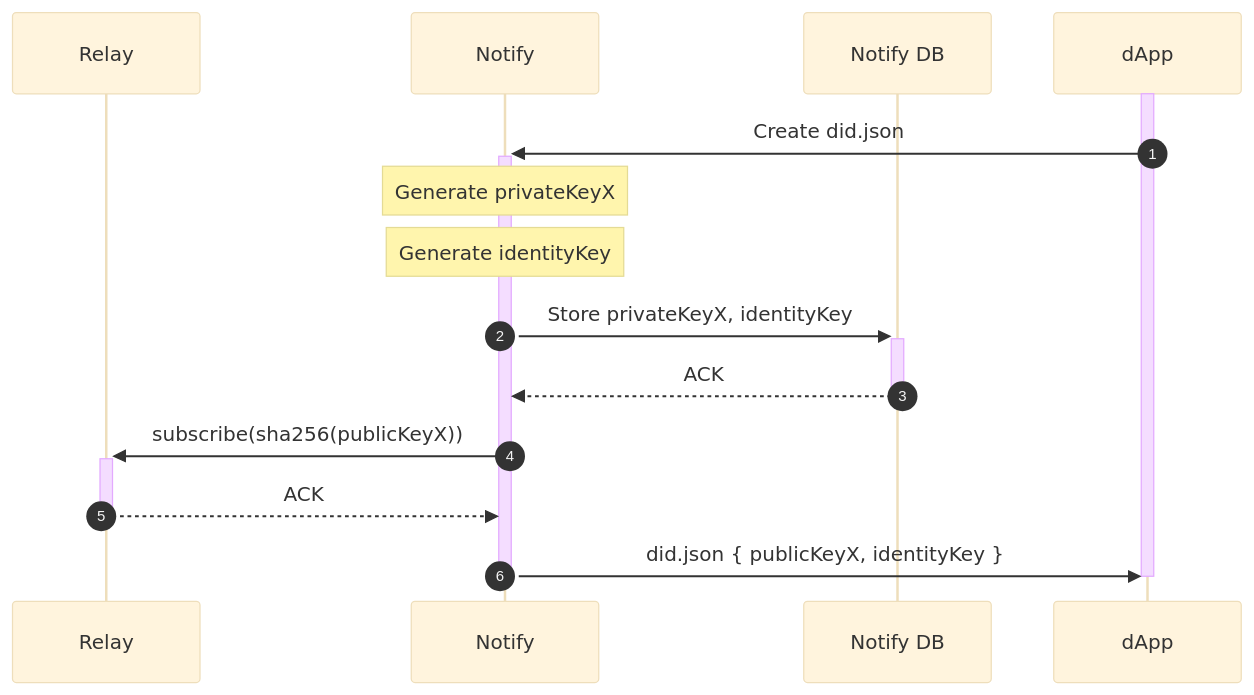
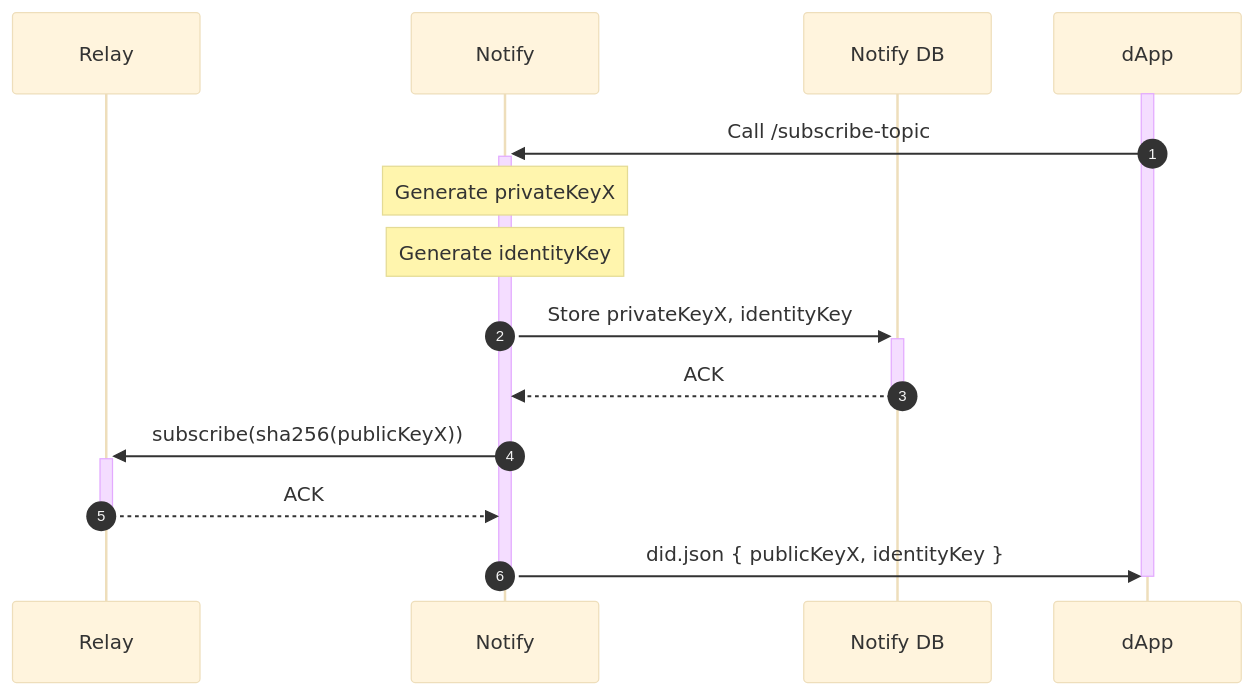
Before and after one commit to WalletConnect/walletconnect-specs: the diagram in docs/specs/servers/notify/notify-server-api.md, drawn with Mermaid (base theme).

Commit message:
fix: call /subscribe-topic

````diff
--- a/docs/specs/servers/notify/notify-server-api.md
+++ b/docs/specs/servers/notify/notify-server-api.md
@@ -90,20 +90,20 @@
 ```mermaid
 sequenceDiagram
     autonumber
     participant R as Relay
     participant N AS Notify
     participant D as Notify DB
     participant A as dApp
 
     %% Subscribe Topic
     activate A
-    A->>+N: Create did.json
+    A->>+N: Call /subscribe-topic 
     Note over N: Generate privateKeyX
     Note over N: Generate identityKey
     N->>+D: Store privateKeyX, identityKey
     D-->>-N: ACK
     N->>+R: subscribe(sha256(publicKeyX))
     R-->>-N: ACK
     N->>-A: did.json { publicKeyX, identityKey }
     deactivate A
 ```
````
